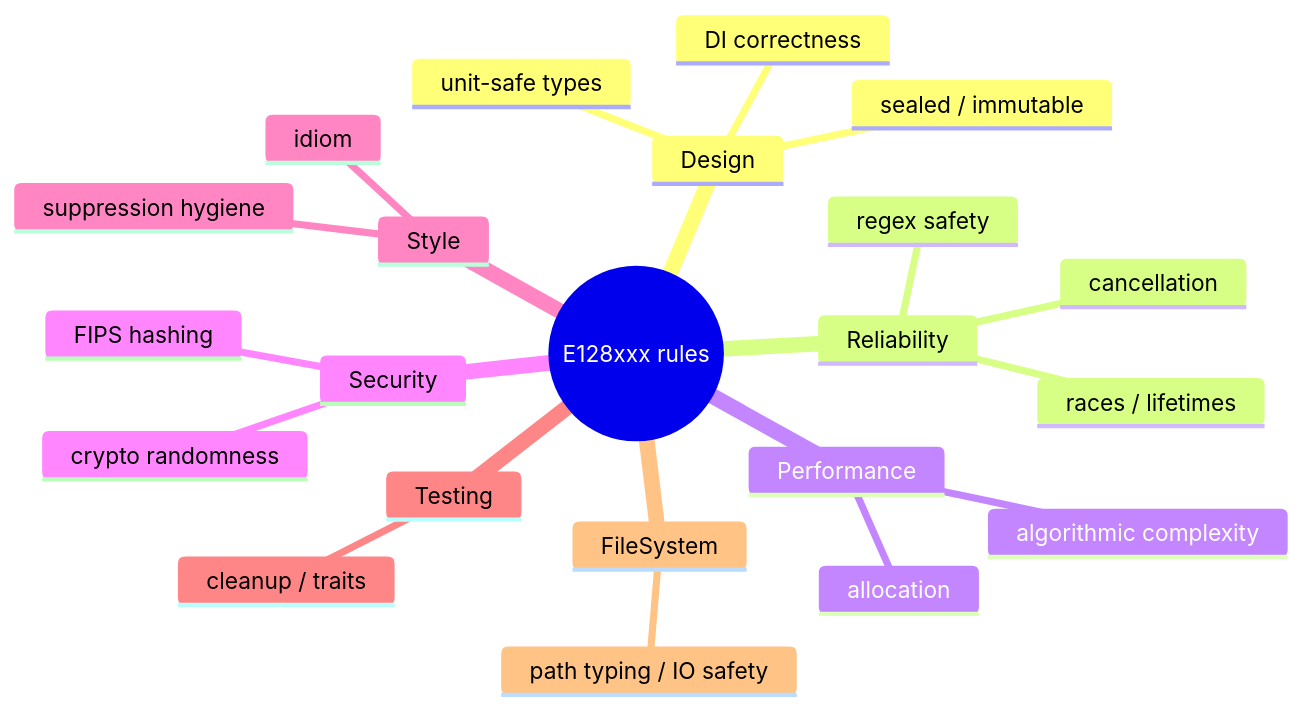
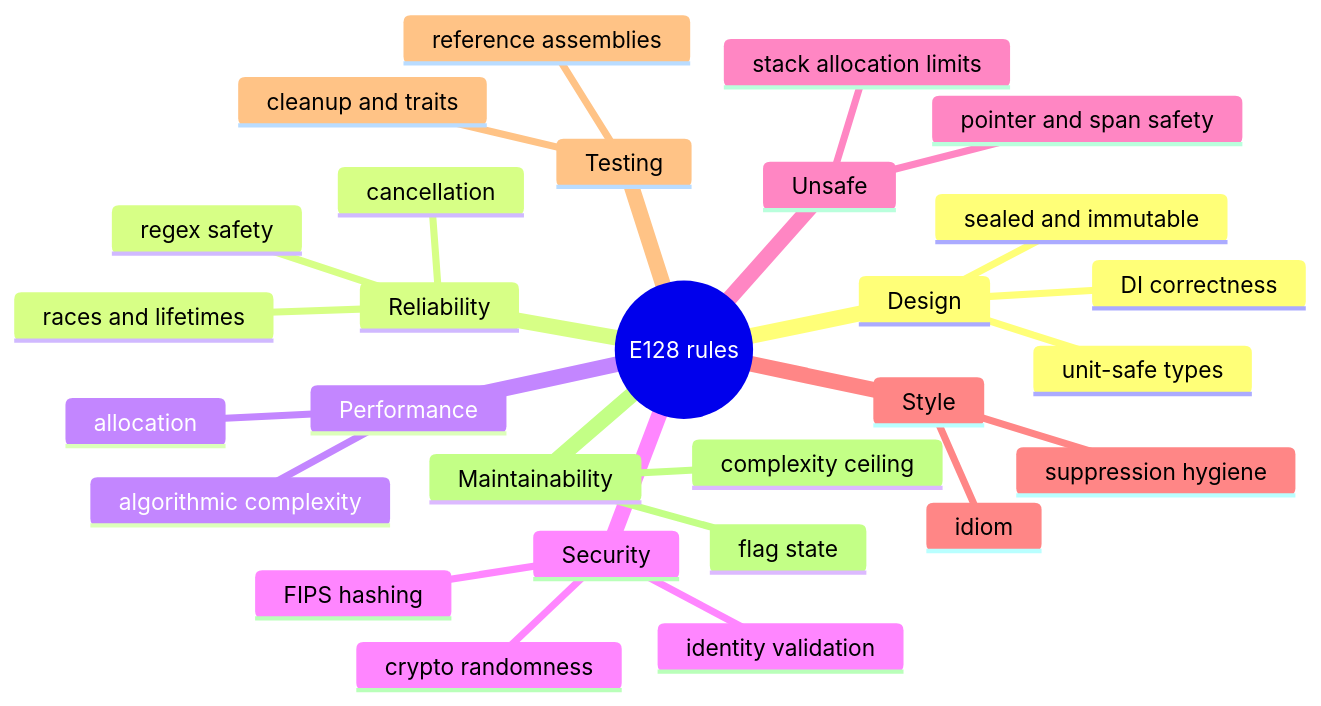
Before and after one commit to e128/dotnet-reference: the diagram in docs/reference/glossary.md, drawn with Mermaid. The commit also changed other lines of this file and 20 other files, not shown here.

````diff
--- a/docs/reference/glossary.md
+++ b/docs/reference/glossary.md
@@ -47,25 +62,31 @@
 ```mermaid
 mindmap
-  root((E128xxx rules))
+  root((E128 rules))
     Design
-      sealed / immutable
+      sealed and immutable
       DI correctness
       unit-safe types
     Reliability
-      races / lifetimes
+      races and lifetimes
       cancellation
       regex safety
     Performance
       allocation
       algorithmic complexity
     Security
       FIPS hashing
       crypto randomness
+      identity validation
+    Unsafe
+      pointer and span safety
+      stack allocation limits
     Style
       idiom
       suppression hygiene
     Testing
-      cleanup / traits
-    FileSystem
-      path typing / IO safety
+      cleanup and traits
+      reference assemblies
+    Maintainability
+      complexity ceiling
+      flag state
 ```
````
